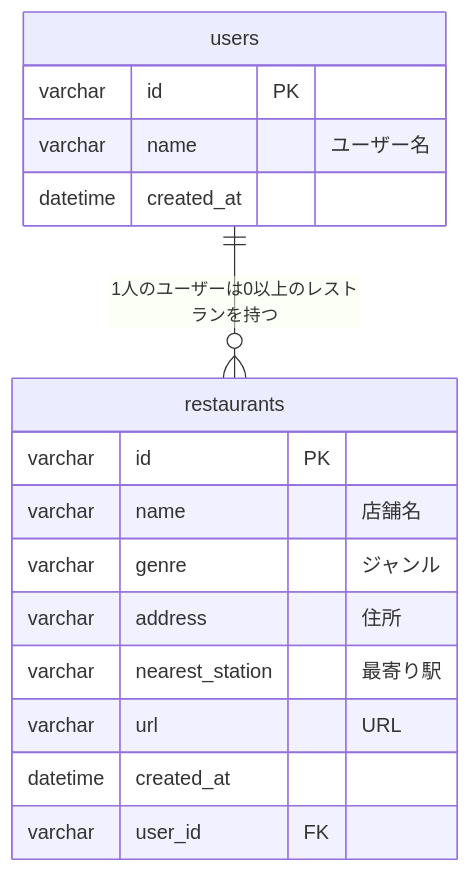
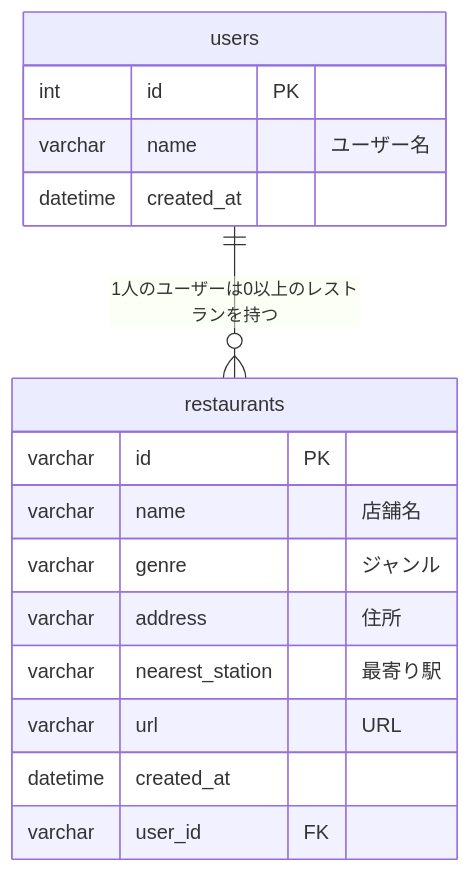
The diagram in docs/db/mermaid.md (taga3s/pecopeco), drawn with Mermaid before and after one commit.

Commit message:
docs: db設計を更新

````diff
--- a/docs/db/mermaid.md
+++ b/docs/db/mermaid.md
@@ -1,19 +1,19 @@
 ```mermaid
 erDiagram
   users {
-    varchar id PK
+    int id PK
     varchar name "ユーザー名"
     datetime created_at
   }
   restaurants {
     varchar id PK
     varchar name "店舗名"
     varchar genre "ジャンル"
     varchar address "住所"
     varchar nearest_station "最寄り駅"
     varchar url  "URL"
     datetime created_at
     varchar user_id FK
   }
   users ||--o{ restaurants : "1人のユーザーは0以上のレストランを持つ"
 ```
````
